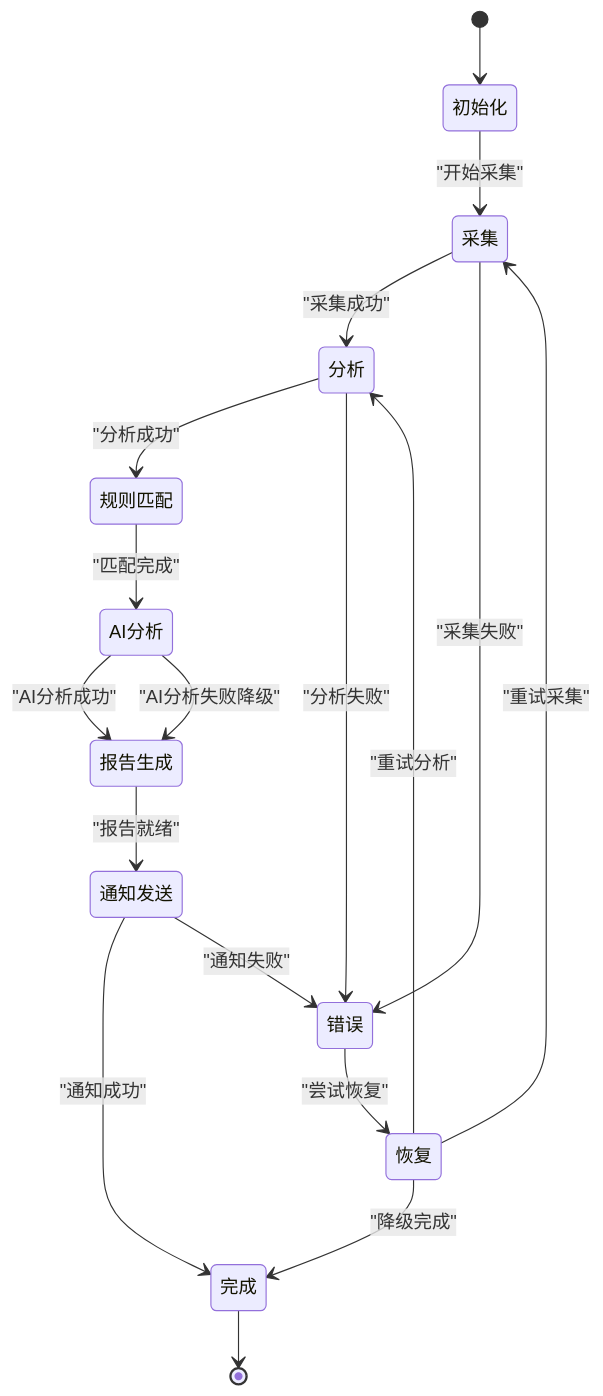
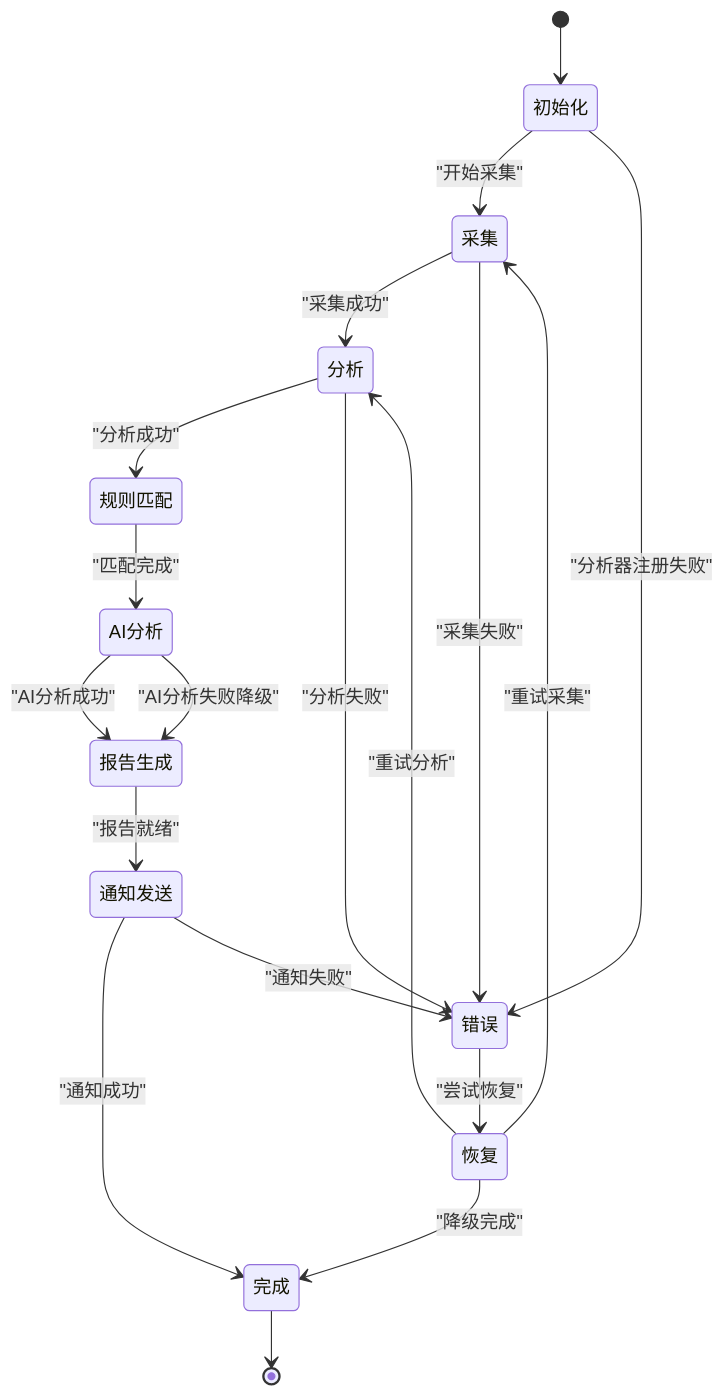
The eighth of 9 diagrams in .qoder/repowiki/zh/content/系统架构/诊断引擎架构/诊断引擎架构.md (kudig-io/klaw), drawn with Mermaid before and after one commit. The commit also changed other lines of this file and 48 other files, not shown here.

````diff
--- a/.qoder/repowiki/zh/content/系统架构/诊断引擎架构/诊断引擎架构.md
+++ b/.qoder/repowiki/zh/content/系统架构/诊断引擎架构/诊断引擎架构.md
@@ -346,20 +396,21 @@
 ```mermaid
 stateDiagram-v2
 [*] --> 初始化
 初始化 --> 采集 : "开始采集"
+初始化 --> 错误 : "分析器注册失败"
 采集 --> 分析 : "采集成功"
 采集 --> 错误 : "采集失败"
 分析 --> 规则匹配 : "分析成功"
 分析 --> 错误 : "分析失败"
 规则匹配 --> AI分析 : "匹配完成"
 AI分析 --> 报告生成 : "AI分析成功"
 AI分析 --> 报告生成 : "AI分析失败降级"
 报告生成 --> 通知发送 : "报告就绪"
 通知发送 --> 完成 : "通知成功"
 通知发送 --> 错误 : "通知失败"
 错误 --> 恢复 : "尝试恢复"
 恢复 --> 采集 : "重试采集"
 恢复 --> 分析 : "重试分析"
 恢复 --> 完成 : "降级完成"
 完成 --> [*]
 ```
````
